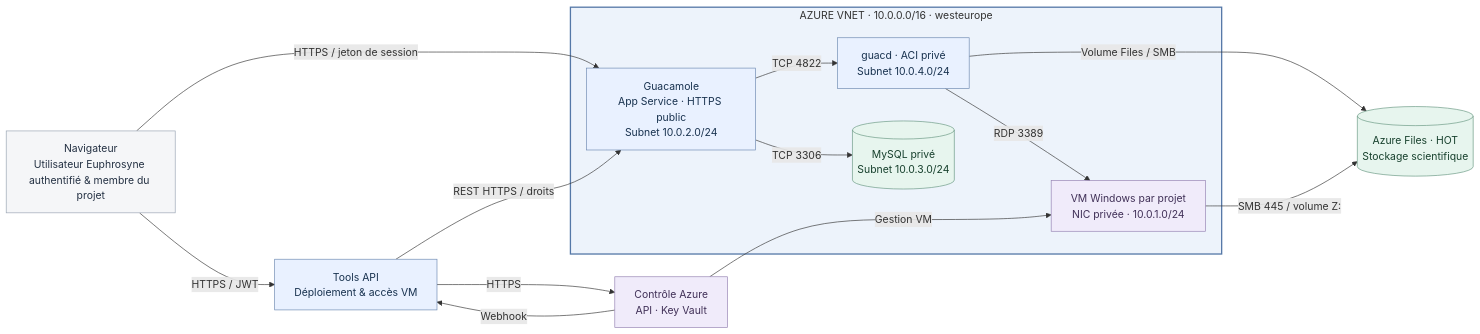
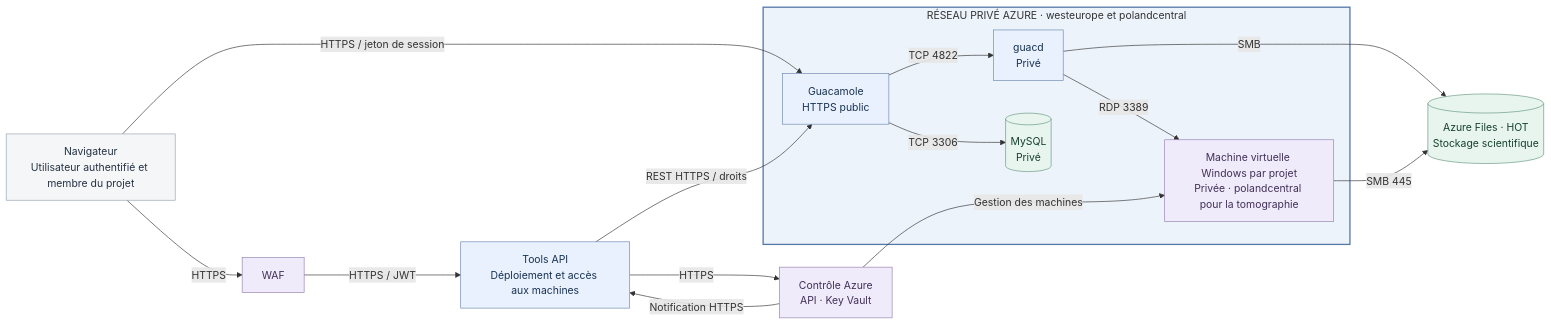
The diagram in docs/technical_architecture_document/assets/services-bureau-distant.mmd (betagouv/euphrosyne), drawn with Mermaid before and after one commit. The commit also changed 14 other files, not shown here.

```diff
--- a/docs/technical_architecture_document/assets/services-bureau-distant.mmd
+++ b/docs/technical_architecture_document/assets/services-bureau-distant.mmd
@@ -1,33 +1,35 @@
 flowchart LR
-  user["Navigateur<br/>Utilisateur Euphrosyne authentifié & membre du projet"]
-  tools["Tools API<br/>Déploiement & accès VM"]
+  user["Navigateur<br/>Utilisateur authentifié et membre du projet"]
+  tools["Tools API<br/>Déploiement et accès aux machines"]
   control["Contrôle Azure<br/>API · Key Vault"]
-  subgraph vnet["AZURE VNET · 10.0.0.0/16 · westeurope"]
-    guac["Guacamole<br/>App Service · HTTPS public<br/>Subnet 10.0.2.0/24"]
-    guacd["guacd · ACI privé<br/>Subnet 10.0.4.0/24"]
-    mysql[("MySQL privé<br/>Subnet 10.0.3.0/24")]
-    vm["VM Windows par projet<br/>NIC privée · 10.0.1.0/24"]
+  subgraph vnet["RÉSEAU PRIVÉ AZURE · westeurope et polandcentral"]
+    guac["Guacamole<br/>HTTPS public"]
+    guacd["guacd<br/>Privé"]
+    mysql[("MySQL<br/>Privé")]
+    vm["Machine virtuelle Windows par projet<br/>Privée · polandcentral pour la tomographie"]
     guac -->|"TCP 4822"| guacd
     guac -->|"TCP 3306"| mysql
     guacd -->|"RDP 3389"| vm
   end
   hot[("Azure Files · HOT<br/>Stockage scientifique")]
-  user -->|"HTTPS /  JWT"| tools
+  waf["WAF"]
+  user -->|"HTTPS"| waf
+  waf -->|"HTTPS / JWT"| tools
   user -->|"HTTPS / jeton de session"| guac
   tools -->|"REST HTTPS / droits"| guac
   tools -->|"HTTPS"| control
-  control -->|"Gestion VM"| vm
-  control -->|"Webhook"| tools
-  guacd -->|"Volume Files / SMB"| hot
-  vm -->|"SMB 445 / volume Z:"| hot
+  control -->|"Gestion des machines"| vm
+  control -->|"Notification HTTPS"| tools
+  guacd -->|"SMB"| hot
+  vm -->|"SMB 445"| hot
   style vnet fill:#edf3fb,stroke:#5578a7,stroke-width:2px
 
   classDef app fill:#e9f1ff,stroke:#6b87b0,color:#18324f;
   classDef data fill:#e7f5ee,stroke:#669681,color:#17402d;
   classDef access fill:#f5f6f8,stroke:#97a2b1,color:#243143;
   classDef external fill:#fff3e3,stroke:#b69969,color:#593f19;
   classDef control fill:#f0ebfa,stroke:#9480b1,color:#403057;
   class tools,guac,guacd app;
   class mysql,hot data;
-  class control,vm control;
+  class control,vm,waf control;
   class user access;
```
